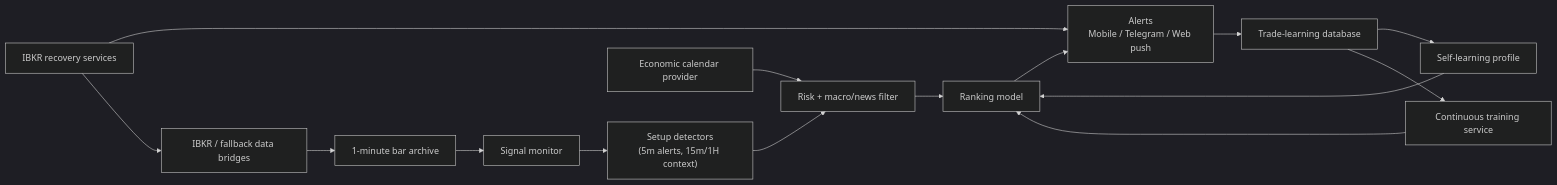
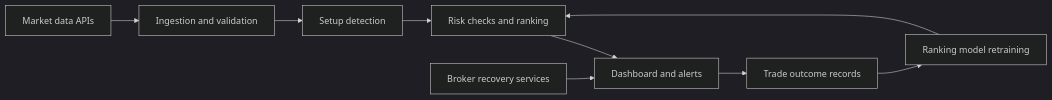
One commit to east7203/Trading_Algorithm changed the diagram in README.md. Above: the diagram before and after it, drawn with Mermaid (dark theme). The commit also changed other lines of this file, not shown here.

````diff
--- a/README.md
+++ b/README.md
@@ -37,17 +16,11 @@
 ```mermaid
 flowchart LR
-  A["IBKR / fallback data bridges"] --> B["1-minute bar archive"]
-  B --> C["Signal monitor"]
-  C --> D["Setup detectors\n(5m alerts, 15m/1H context)"]
-  D --> E["Risk + macro/news filter"]
-  E --> F["Ranking model"]
-  F --> G["Alerts\nMobile / Telegram / Web push"]
-  G --> H["Trade-learning database"]
-  H --> I["Self-learning profile"]
-  H --> J["Continuous training service"]
-  I --> F
-  J --> F
-  K["IBKR recovery services"] --> G
-  K --> A
-  L["Economic calendar provider"] --> E
+  A[Market data APIs] --> B[Ingestion and validation]
+  B --> C[Setup detection]
+  C --> D[Risk checks and ranking]
+  D --> E[Dashboard and alerts]
+  E --> F[Trade outcome records]
+  F --> G[Ranking model retraining]
+  G --> D
+  H[Broker recovery services] --> E
 ```
````
